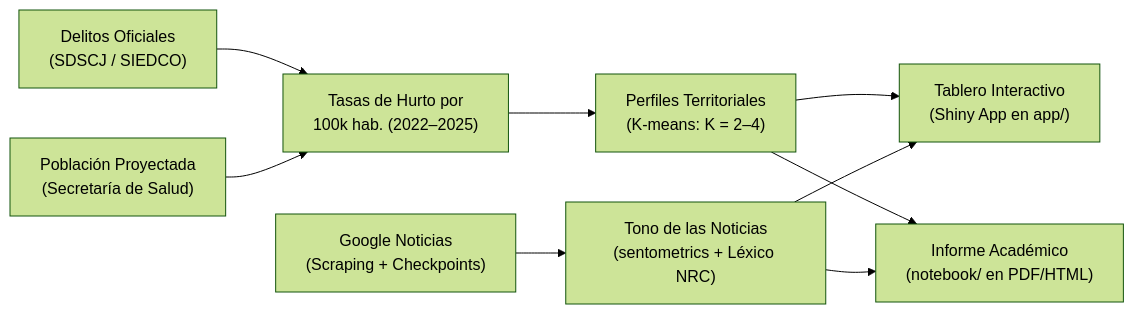
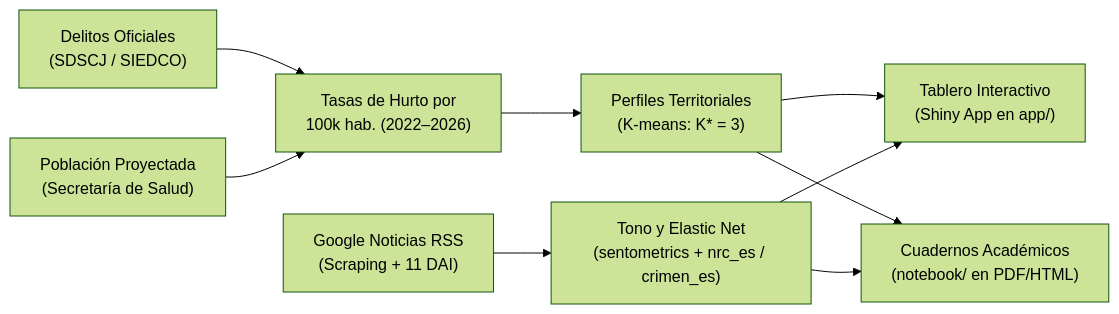
One commit to juanjo-edm/Repo_Entrega_Final_Taller_R changed the diagram in README.md. Above: the diagram before and after it, drawn with Mermaid (forest theme). The commit also changed other lines of this file and 28 other files, not shown here.

Commit message:
docs(notebooks,readme): integra cambios en cuaderno 02 con facet_wrap fig 10, mueve guia_estudio, agrega guia codigo 07 y sincroniza READMEs

````diff
--- a/README.md
+++ b/README.md
@@ -31,8 +31,8 @@
 ```mermaid
 flowchart LR
-    A["Delitos Oficiales<br/>(SDSCJ / SIEDCO)"] & B["Población Proyectada<br/>(Secretaría de Salud)"] --> C["Tasas de Hurto por<br/>100k hab. (2022–2025)"]
-    C --> D["Perfiles Territoriales<br/>(K-means: K = 2–4)"]
-    E["Google Noticias<br/>(Scraping + Checkpoints)"] --> F["Tono de las Noticias<br/>(sentometrics + Léxico NRC)"]
+    A["Delitos Oficiales<br/>(SDSCJ / SIEDCO)"] & B["Población Proyectada<br/>(Secretaría de Salud)"] --> C["Tasas de Hurto por<br/>100k hab. (2022–2026)"]
+    C --> D["Perfiles Territoriales<br/>(K-means: K* = 3)"]
+    E["Google Noticias RSS<br/>(Scraping + 11 DAI)"] --> F["Tono y Elastic Net<br/>(sentometrics + nrc_es / crimen_es)"]
     D & F --> G["Tablero Interactivo<br/>(Shiny App en app/)"]
-    D & F --> H["Informe Académico<br/>(notebook/ en PDF/HTML)"]
+    D & F --> H["Cuadernos Académicos<br/>(notebook/ en PDF/HTML)"]
 ```
````
